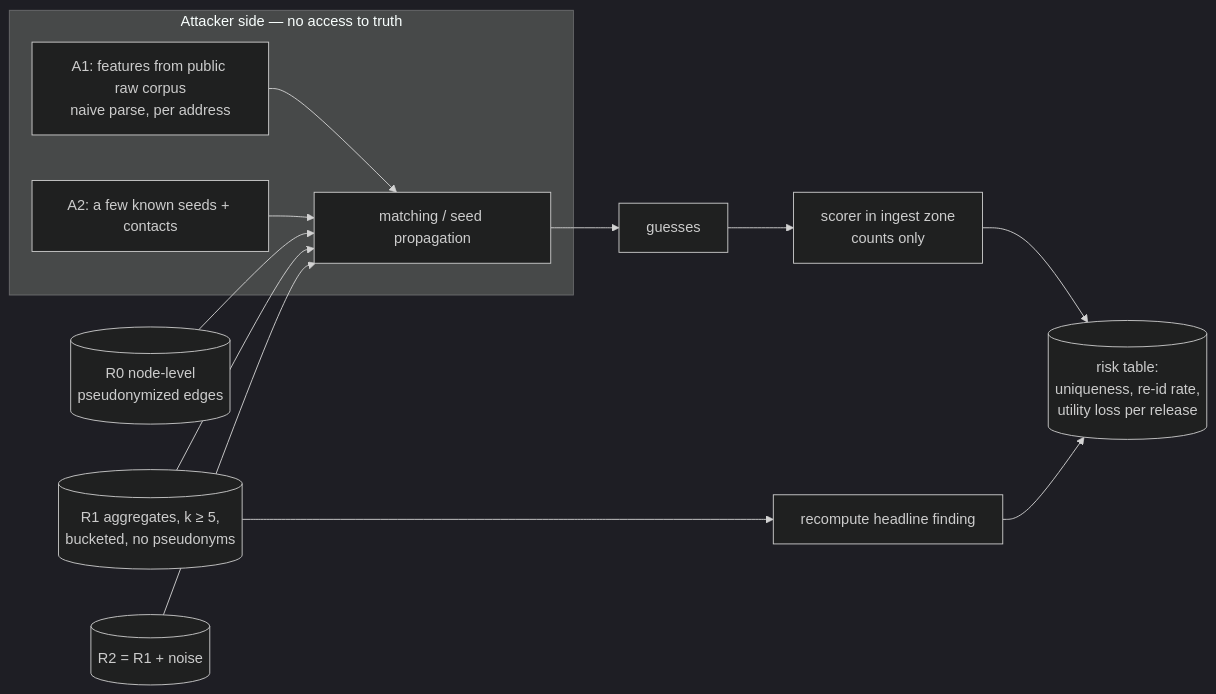
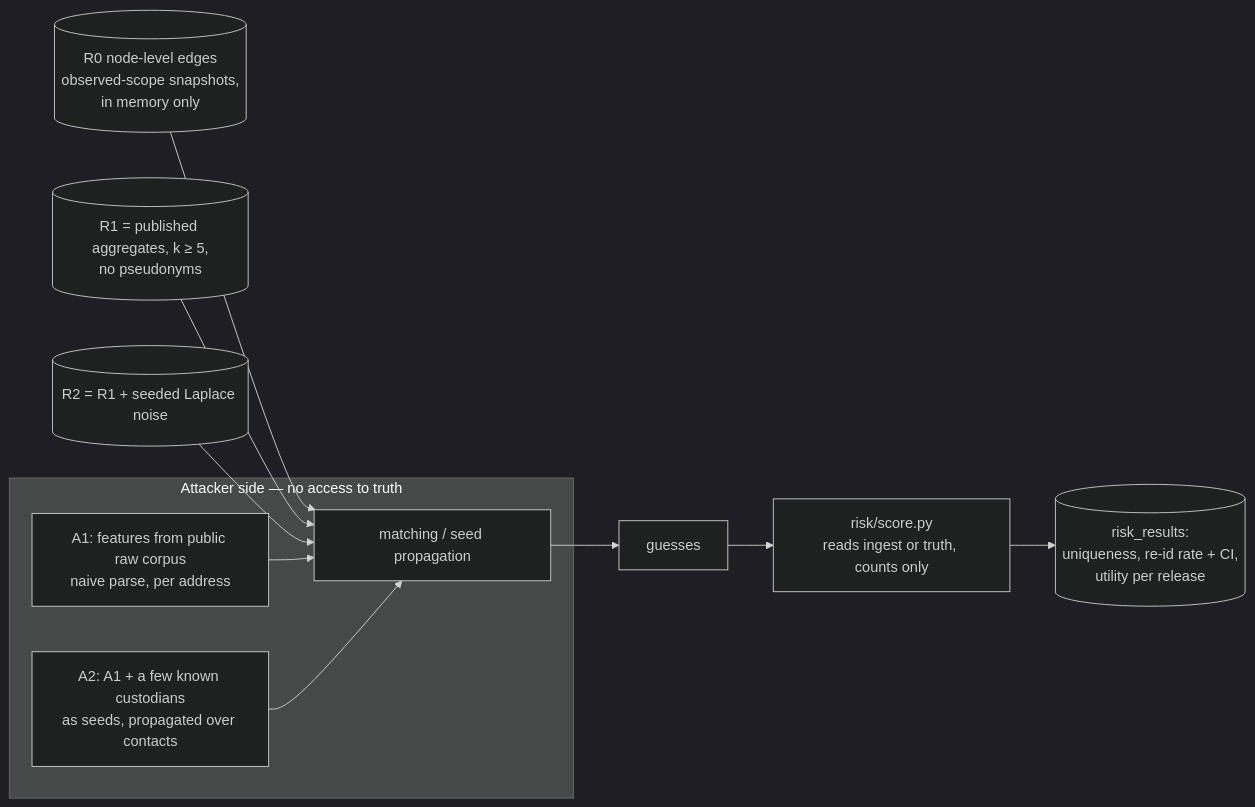
The fifth of 6 diagrams in docs/architecture.md (marcusvieira88/network-science), drawn with Mermaid (dark theme) before and after one commit. The commit also changed other lines of this file, not shown here.

First line of the commit message:
Docs as built: architecture

````diff
--- a/docs/architecture.md
+++ b/docs/architecture.md
@@ -117,17 +192,16 @@
 ```mermaid
 flowchart LR
     subgraph Attacker["Attacker side — no access to truth"]
         AUX1[A1: features from public raw corpus<br/>naive parse, per address]
-        AUX2[A2: a few known seeds + contacts]
+        AUX2[A2: A1 + a few known custodians<br/>as seeds, propagated over contacts]
         ATT[matching / seed propagation]
     end
-    R0[(R0 node-level<br/>pseudonymized edges)] --> ATT
-    R1[(R1 aggregates, k ≥ 5,<br/>bucketed, no pseudonyms)] --> ATT
-    R2[(R2 = R1 + noise)] --> ATT
+    R0[(R0 node-level edges<br/>observed-scope snapshots,<br/>in memory only)] --> ATT
+    R1[(R1 = published aggregates, k ≥ 5,<br/>no pseudonyms)] --> ATT
+    R2[(R2 = R1 + seeded Laplace noise)] --> ATT
     AUX1 --> ATT
     AUX2 --> ATT
     ATT --> GZ[guesses]
-    GZ --> SC[scorer in ingest zone<br/>counts only]
-    SC --> RT[(risk table:<br/>uniqueness, re-id rate,<br/>utility loss per release)]
-    R1 --> UT[recompute headline finding] --> RT
+    GZ --> SC[risk/score.py<br/>reads ingest or truth, counts only]
+    SC --> RT[(risk_results:<br/>uniqueness, re-id rate + CI,<br/>utility per release)]
 ```
````
